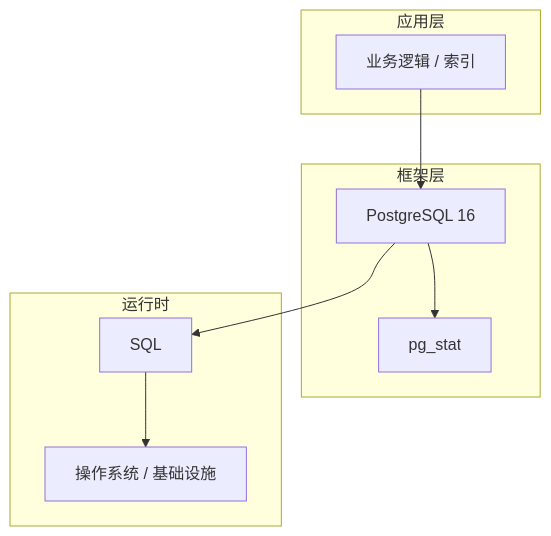
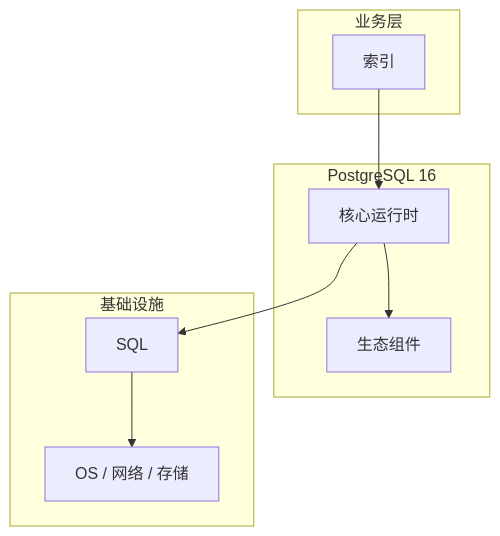
Before and after one commit to yanggan2015/knowledge-json-v2: the diagram in articles/PostgreSQL/chapters/019-索引核心概念与原理.md, drawn with Mermaid. The commit also changed other lines of this file and 10127 other files, not shown here.

````diff
--- a/articles/PostgreSQL/chapters/019-索引核心概念与原理.md
+++ b/articles/PostgreSQL/chapters/019-索引核心概念与原理.md
@@ -45,18 +34,18 @@
 ```mermaid
 graph TB
-    subgraph 应用层
-        A[业务逻辑 / 索引]
+    subgraph 业务层
+        A[索引]
     end
-    subgraph 框架层
-        B[PostgreSQL 16]
-        C[pg_stat]
+    subgraph PostgreSQL 16
+        B[核心运行时]
+        C[生态组件]
     end
-    subgraph 运行时
+    subgraph 基础设施
         D[SQL]
-        E[操作系统 / 基础设施]
+        E[OS / 网络 / 存储]
     end
     A --> B
     B --> C
     B --> D
     D --> E
 ```
````
